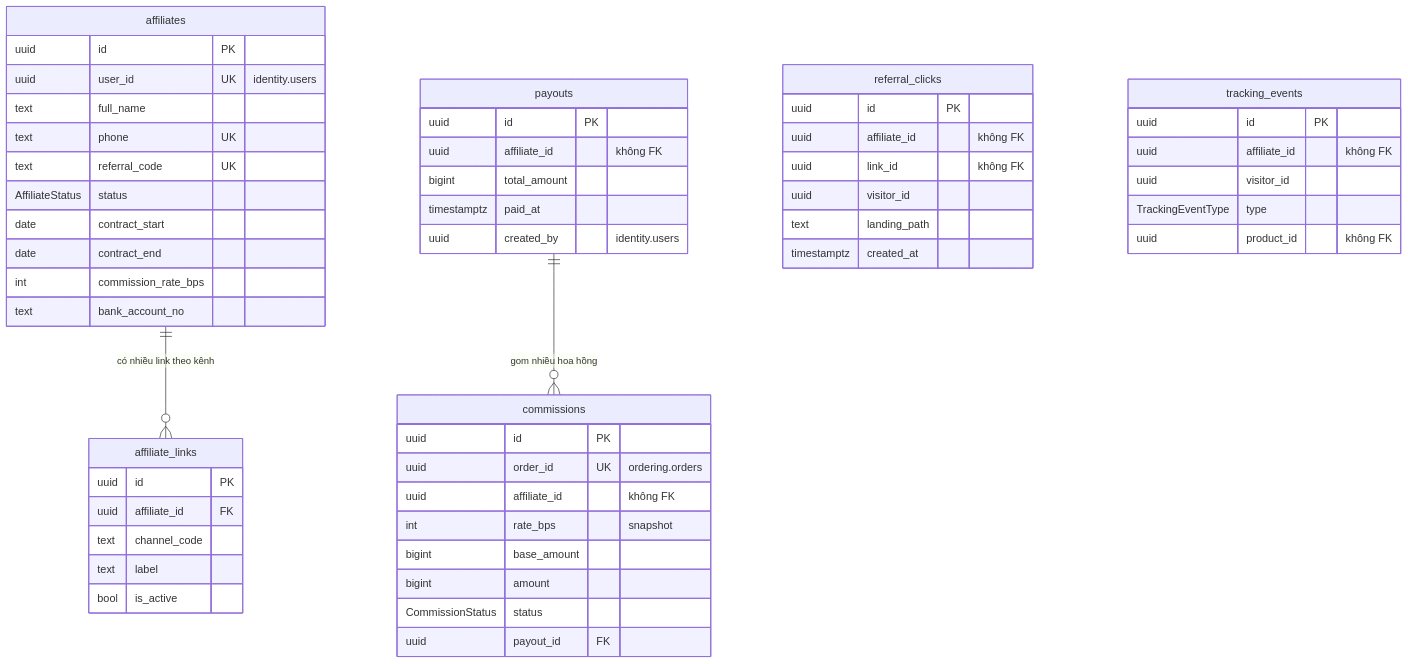
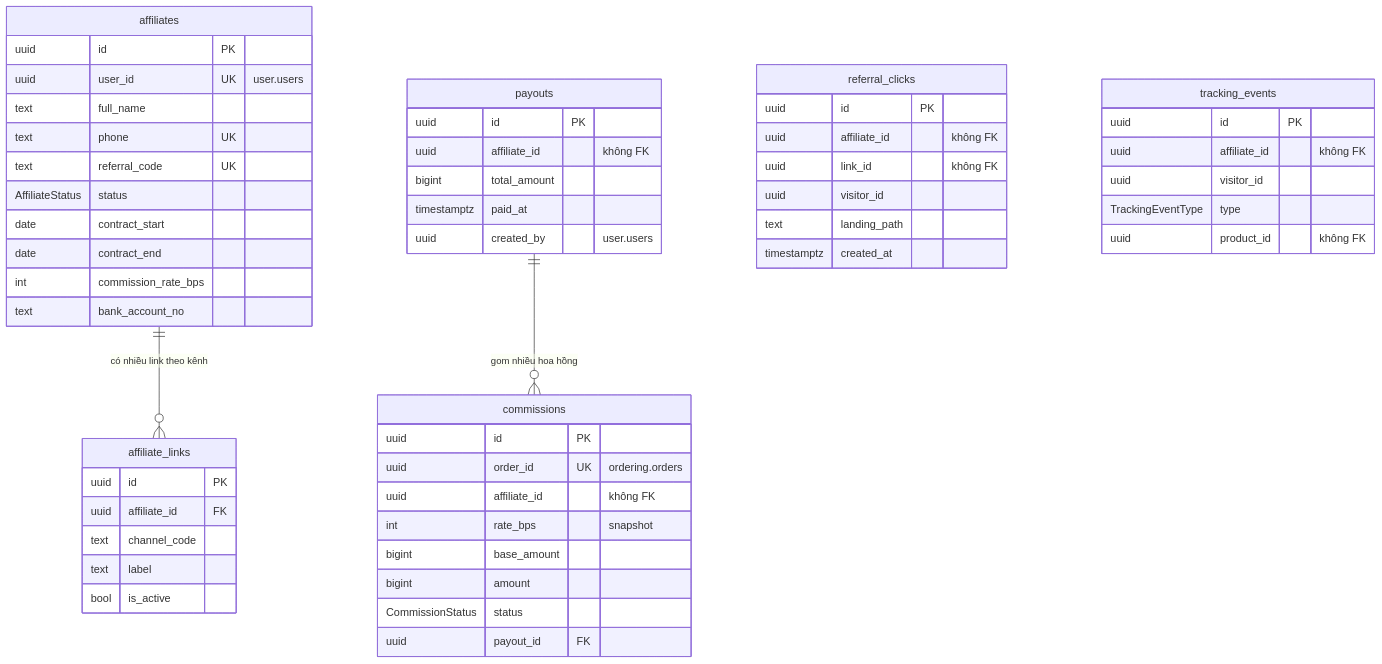
Before and after one commit to Vietnguyen203/PhucViFood: the second of 4 diagrams in BE/docs/database.md, drawn with Mermaid. The commit also changed other lines of this file and 14 other files, not shown here.

First line of the commit message:
Đổi tên service identity thành user

````diff
--- a/BE/docs/database.md
+++ b/BE/docs/database.md
@@ -41,57 +41,57 @@
 ```mermaid
 erDiagram
   affiliates ||--o{ affiliate_links : "có nhiều link theo kênh"
   payouts ||--o{ commissions : "gom nhiều hoa hồng"
 
   affiliates {
     uuid id PK
-    uuid user_id UK "identity.users"
+    uuid user_id UK "user.users"
     text full_name
     text phone UK
     text referral_code UK
     AffiliateStatus status
     date contract_start
     date contract_end
     int commission_rate_bps
     text bank_account_no
   }
   affiliate_links {
     uuid id PK
     uuid affiliate_id FK
     text channel_code
     text label
     bool is_active
   }
   referral_clicks {
     uuid id PK
     uuid affiliate_id "không FK"
     uuid link_id "không FK"
     uuid visitor_id
     text landing_path
     timestamptz created_at
   }
   tracking_events {
     uuid id PK
     uuid affiliate_id "không FK"
     uuid visitor_id
     TrackingEventType type
     uuid product_id "không FK"
   }
   commissions {
     uuid id PK
     uuid order_id UK "ordering.orders"
     uuid affiliate_id "không FK"
     int rate_bps "snapshot"
     bigint base_amount
     bigint amount
     CommissionStatus status
     uuid payout_id FK
   }
   payouts {
     uuid id PK
     uuid affiliate_id "không FK"
     bigint total_amount
     timestamptz paid_at
-    uuid created_by "identity.users"
+    uuid created_by "user.users"
   }
 ```
````
